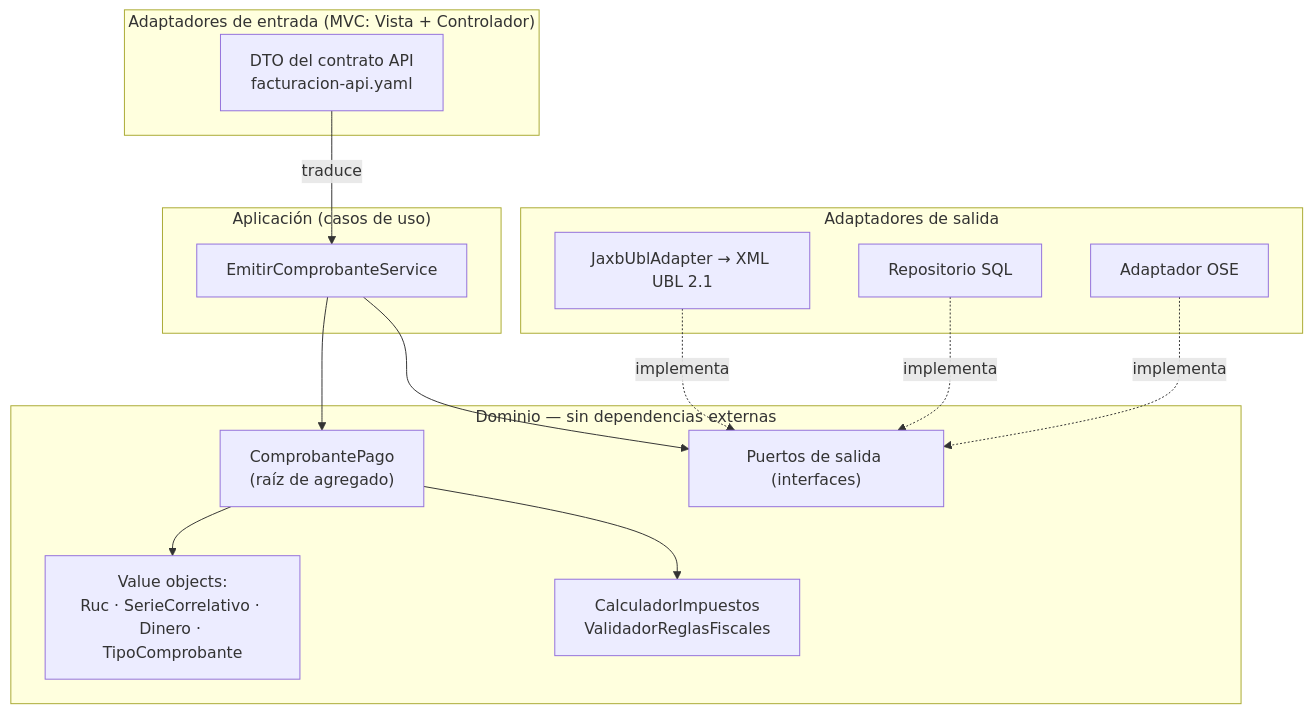
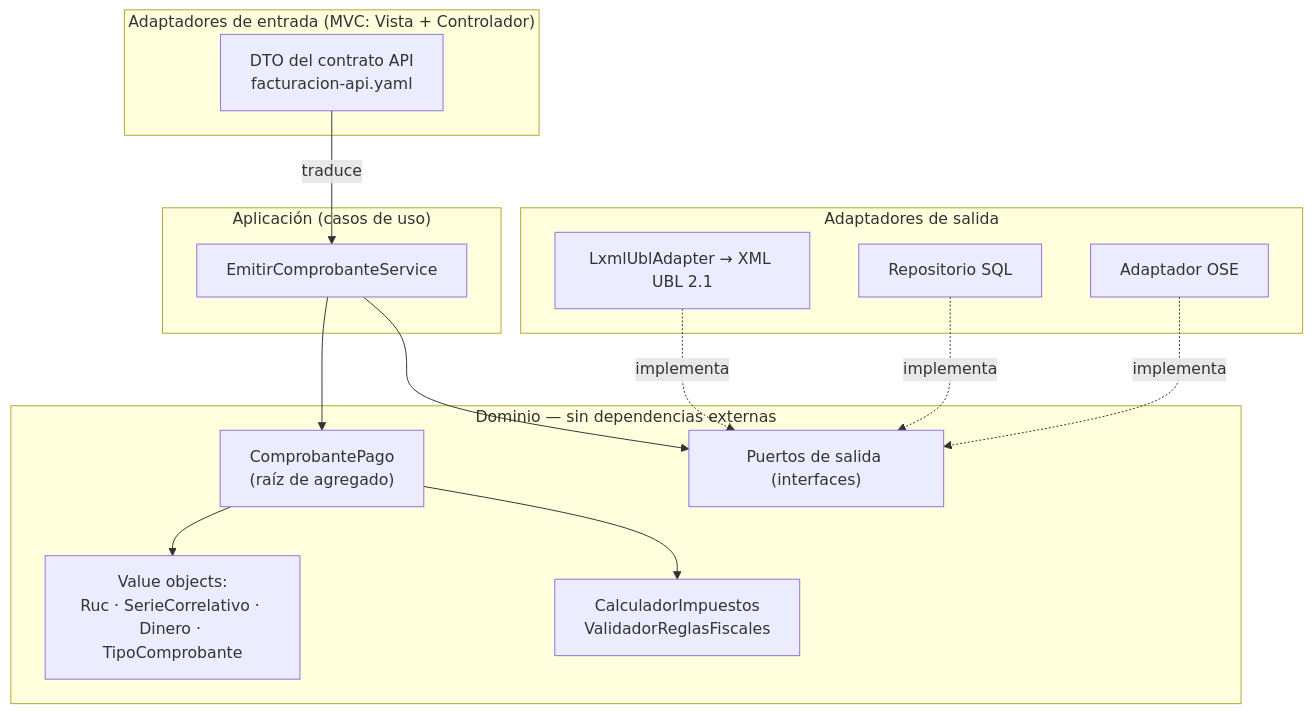
Before and after one commit to afgilmer16-svg/proyecto_arquitectura: the first of 2 diagrams in specs/features/0002-modelo-dominio/design.md, drawn with Mermaid. The commit also changed 42 other files, not shown here.

````diff
--- a/specs/features/0002-modelo-dominio/design.md
+++ b/specs/features/0002-modelo-dominio/design.md
@@ -39,27 +39,27 @@
 ```mermaid
 flowchart TB
     subgraph Entrada["Adaptadores de entrada (MVC: Vista + Controlador)"]
         DTO["DTO del contrato API<br/>facturacion-api.yaml"]
     end
     subgraph App["Aplicación (casos de uso)"]
         UC["EmitirComprobanteService"]
     end
     subgraph Dominio["Dominio — sin dependencias externas"]
         AG["ComprobantePago<br/>(raíz de agregado)"]
         VO["Value objects:<br/>Ruc · SerieCorrelativo · Dinero · TipoComprobante"]
         DS["CalculadorImpuestos<br/>ValidadorReglasFiscales"]
         PO["Puertos de salida (interfaces)"]
     end
     subgraph Salida["Adaptadores de salida"]
-        UBL["JaxbUblAdapter → XML UBL 2.1"]
+        UBL["LxmlUblAdapter → XML UBL 2.1"]
         BD["Repositorio SQL"]
         OSE["Adaptador OSE"]
     end
     DTO -->|traduce| UC --> AG
     AG --> VO
     AG --> DS
     UC --> PO
     UBL -.implementa.-> PO
     BD -.implementa.-> PO
     OSE -.implementa.-> PO
 ```
````
